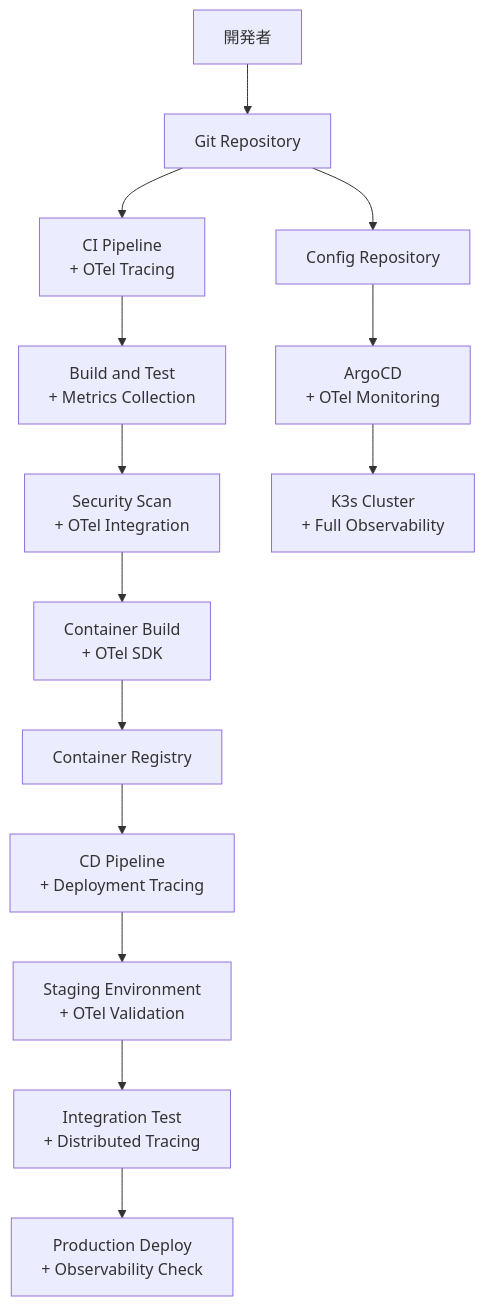
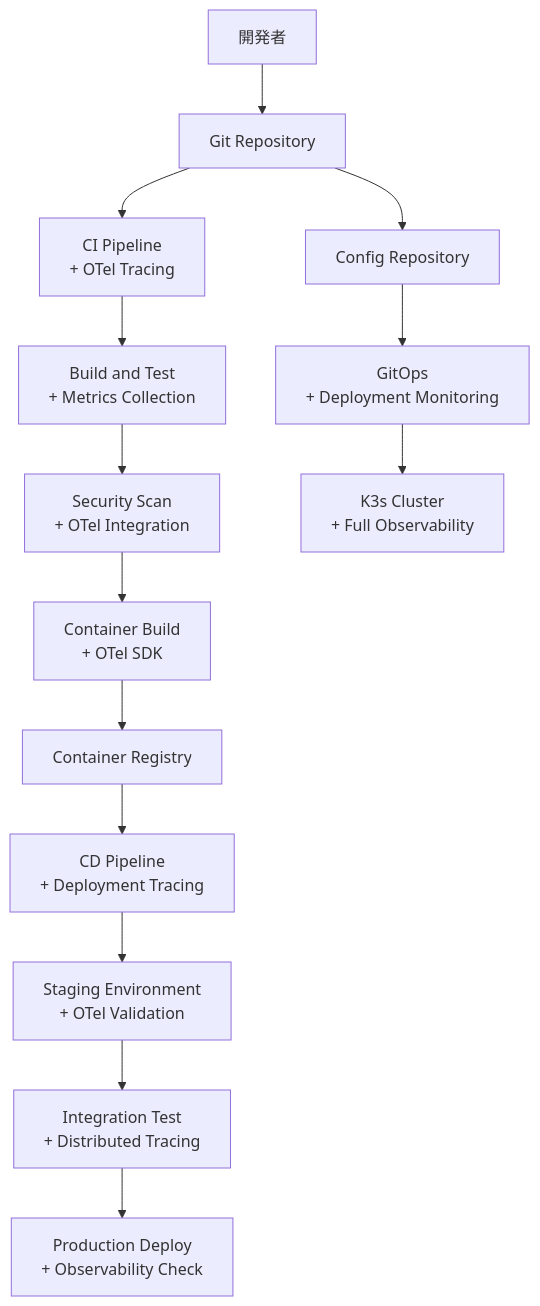
One commit to daichiTAAA/ImageFlowCanvas changed the diagram in docs/0300_設計_アプローチ1/0309_開発デプロイ設計.md. Above: the diagram before and after it, drawn with Mermaid. The commit also changed 7 other files, not shown here.

````diff
--- a/docs/0300_設計_アプローチ1/0309_開発デプロイ設計.md
+++ b/docs/0300_設計_アプローチ1/0309_開発デプロイ設計.md
@@ -21,17 +21,17 @@
 ```mermaid
 graph TD
     Dev[開発者] --> Git[Git Repository]
     Git --> CI[CI Pipeline<br/>+ OTel Tracing]
     CI --> Build[Build and Test<br/>+ Metrics Collection]
     Build --> Security[Security Scan<br/>+ OTel Integration]
     Security --> Package[Container Build<br/>+ OTel SDK]
     Package --> Registry[Container Registry]
     Registry --> CD[CD Pipeline<br/>+ Deployment Tracing]
     CD --> Staging[Staging Environment<br/>+ OTel Validation]
     Staging --> Test[Integration Test<br/>+ Distributed Tracing]
     Test --> Prod[Production Deploy<br/>+ Observability Check]
     
     Git --> Config[Config Repository]
-    Config --> ArgoCD[ArgoCD<br/>+ OTel Monitoring]
-    ArgoCD --> K3s[K3s Cluster<br/>+ Full Observability]
+    Config --> GitOps[GitOps<br/>+ Deployment Monitoring]
+    GitOps --> K3s[K3s Cluster<br/>+ Full Observability]
 ```
````
